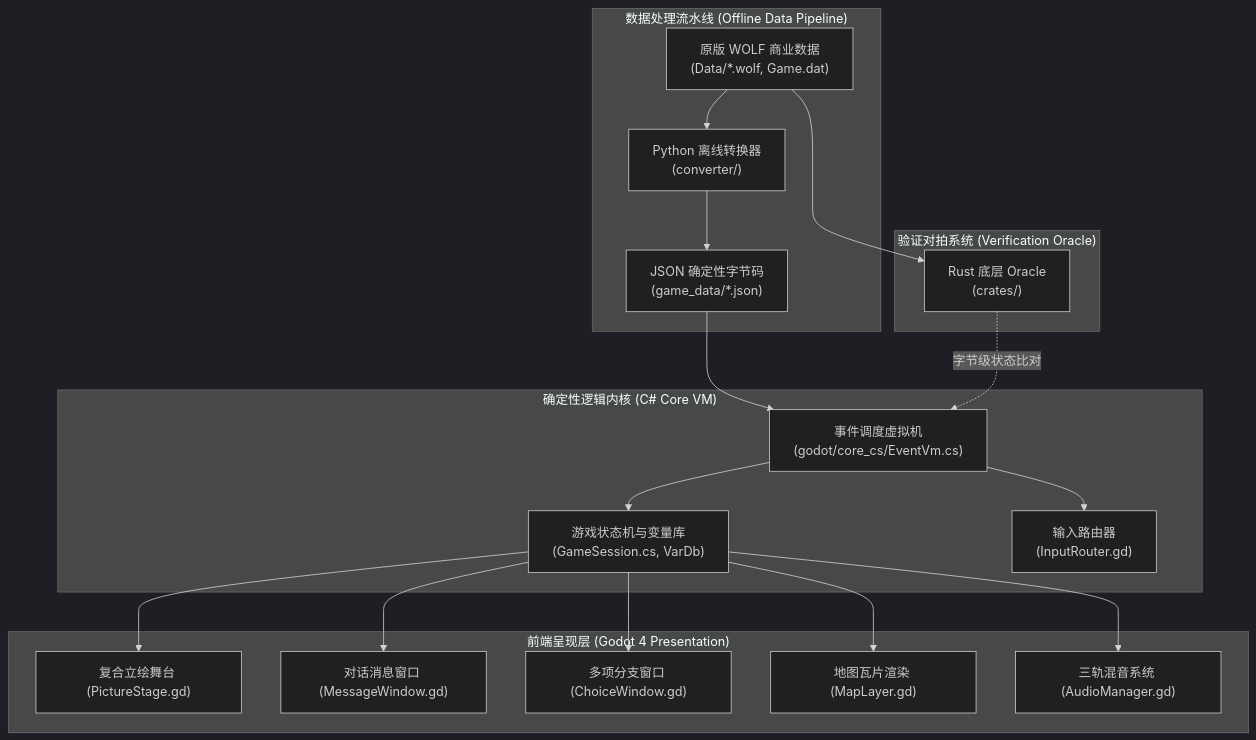
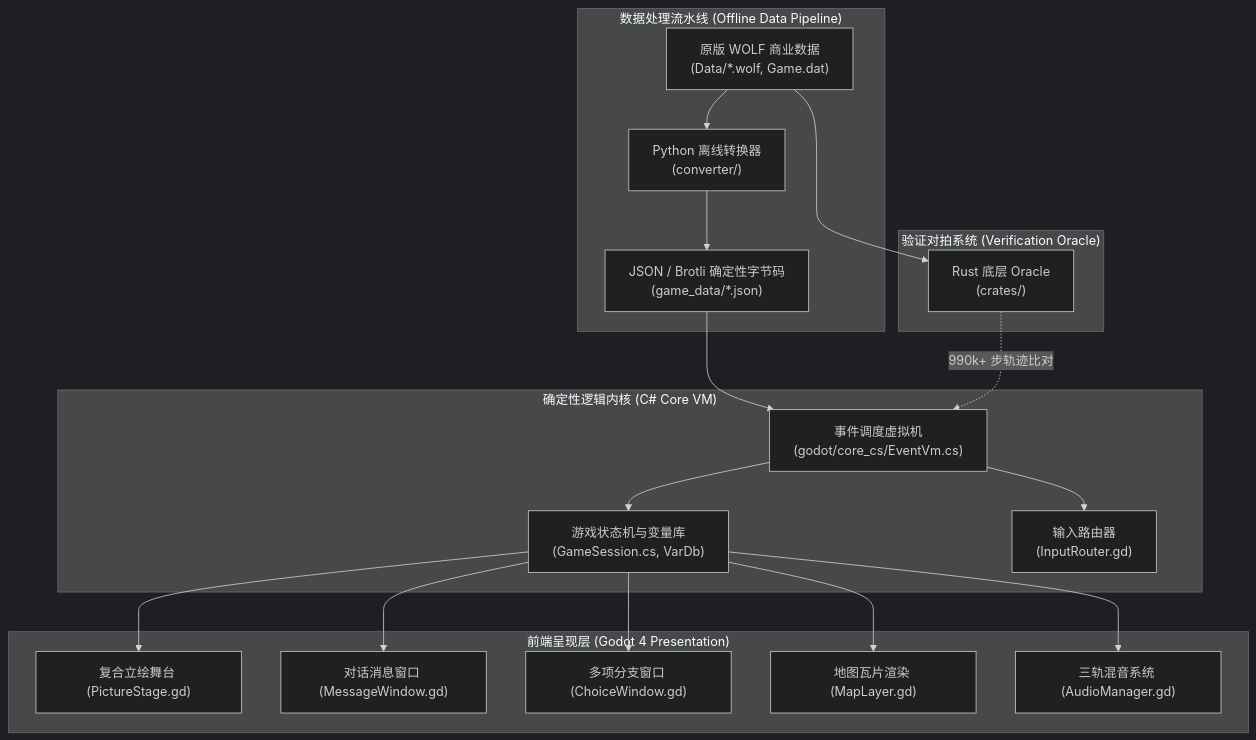
The diagram in README.md (Nana7mi0721/Living-With-SIster-Monochrome-Fantasy), drawn with Mermaid (dark theme) before and after one commit. The commit also changed other lines of this file and 14 other files, not shown here.

````diff
--- a/README.md
+++ b/README.md
@@ -63,26 +68,26 @@
 ```mermaid
 flowchart TD
     subgraph DataPipeline["数据处理流水线 (Offline Data Pipeline)"]
         RawData["原版 WOLF 商业数据<br>(Data/*.wolf, Game.dat)"] --> Converter["Python 离线转换器<br>(converter/)"]
-        Converter --> JSONData["JSON 确定性字节码<br>(game_data/*.json)"]
+        Converter --> JSONData["JSON / Brotli 确定性字节码<br>(game_data/*.json)"]
     end
 
     subgraph CoreEngine["确定性逻辑内核 (C# Core VM)"]
         JSONData --> EventVM["事件调度虚拟机<br>(godot/core_cs/EventVm.cs)"]
         EventVM --> StateMachine["游戏状态机与变量库<br>(GameSession.cs, VarDb)"]
         EventVM --> InputRouter["输入路由器<br>(InputRouter.gd)"]
     end
 
     subgraph Presentation["前端呈现层 (Godot 4 Presentation)"]
         StateMachine --> PictureStage["复合立绘舞台 (PictureStage.gd)"]
         StateMachine --> MessageWindow["对话消息窗口 (MessageWindow.gd)"]
         StateMachine --> ChoiceWindow["多项分支窗口 (ChoiceWindow.gd)"]
         StateMachine --> MapLayer["地图瓦片渲染 (MapLayer.gd)"]
         StateMachine --> AudioManager["三轨混音系统 (AudioManager.gd)"]
     end
 
     subgraph Oracle["验证对拍系统 (Verification Oracle)"]
         RawData --> RustOracle["Rust 底层 Oracle<br>(crates/)"]
-        RustOracle -. 字节级状态比对 .-> EventVM
+        RustOracle -. 990k+ 步轨迹比对 .-> EventVM
     end
 ```
````
